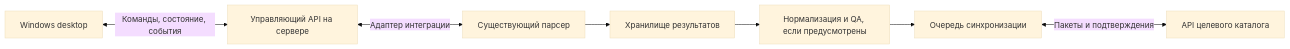
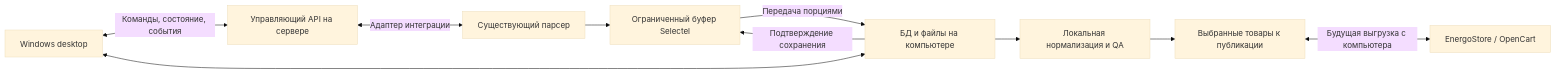
One commit to starosvetsky/ESPBS changed the first of 2 diagrams in docs/UX_FLOW.md. Above: the diagram before and after it, drawn with Mermaid (base theme). The commit also changed other lines of this file and 1 other file, not shown here.

Commit message:
Define local catalog storage and bounded server buffer

````diff
--- a/docs/UX_FLOW.md
+++ b/docs/UX_FLOW.md
@@ -21,9 +36,12 @@
 ```mermaid
 flowchart LR
     Desktop[Windows desktop] <-->|Команды, состояние, события| Control[Управляющий API на сервере]
     Control <-->|Адаптер интеграции| Parser[Существующий парсер]
-    Parser --> Storage[Хранилище результатов]
-    Storage --> QA[Нормализация и QA, если предусмотрены]
-    QA --> Queue[Очередь синхронизации]
-    Queue <-->|Пакеты и подтверждения| Target[API целевого каталога]
+    Parser --> Buffer[Ограниченный буфер Selectel]
+    Buffer -->|Передача порциями| Storage[БД и файлы на компьютере]
+    Storage -->|Подтверждение сохранения| Buffer
+    Desktop <--> Storage
+    Storage --> QA[Локальная нормализация и QA]
+    QA --> Queue[Выбранные товары к публикации]
+    Queue <-->|Будущая выгрузка с компьютера| Target[EnergoStore / OpenCart]
 ```
````
